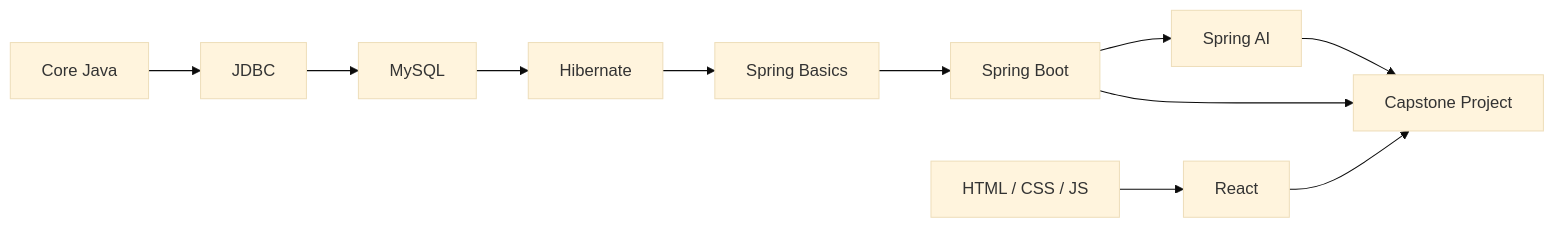
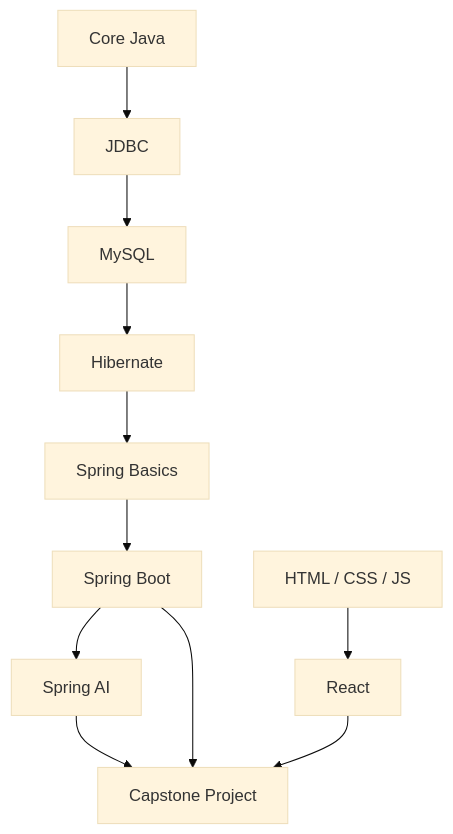
One commit to kyedumati/KASI-FULLSTACK-MATERIAL changed the diagram in docs/roadmaps/java-track.md. Above: the diagram before and after it, drawn with Mermaid (base theme). The commit also changed 6 other files, not shown here.

````diff
--- a/docs/roadmaps/java-track.md
+++ b/docs/roadmaps/java-track.md
@@ -3,9 +3,9 @@
 ```mermaid
-flowchart LR
+flowchart TD
   A[Core Java] --> B[JDBC] --> C[MySQL] --> D[Hibernate]
   D --> E[Spring Basics] --> F[Spring Boot] --> G[Spring AI]
   H[HTML / CSS / JS] --> I[React]
   F --> J[Capstone Project]
   I --> J
   G --> J
 ```
````
